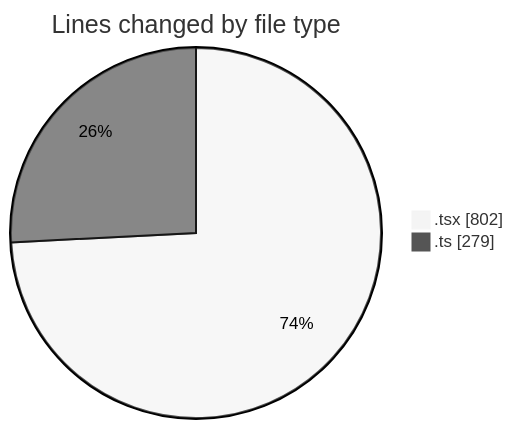
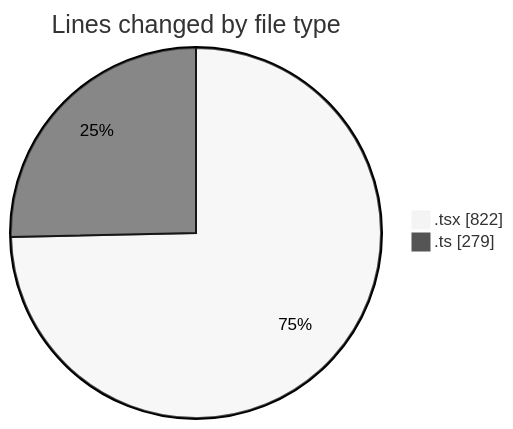
One commit to nxtqubesakshisongat/code-tracking changed the first of 2 diagrams in 2026-04-19/airfeed-analytics-dashboard/README.md. Above: the diagram before and after it, drawn with Mermaid (neutral theme). The commit also changed other lines of this file and 1 other file, not shown here.

````diff
--- a/2026-04-19/airfeed-analytics-dashboard/README.md
+++ b/2026-04-19/airfeed-analytics-dashboard/README.md
@@ -25,6 +25,6 @@
 ```mermaid
 pie showData
 title Lines changed by file type
-".tsx" : 802
+".tsx" : 822
 ".ts" : 279
 ```
````
